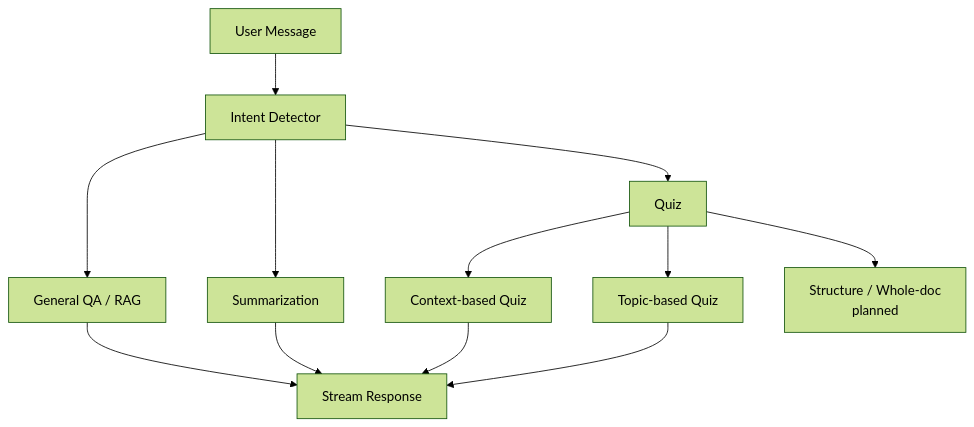
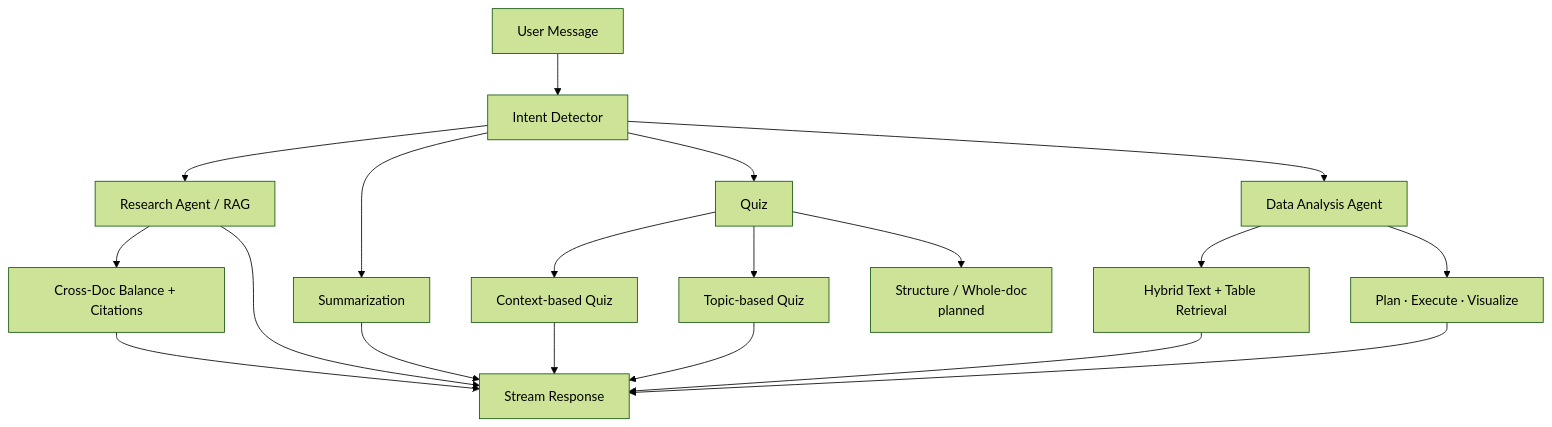
The sixth of 6 diagrams in README.md (aayushroopchandani/DocMind-AI-Intelligent-conversations-with-documents), drawn with Mermaid (forest theme) before and after one commit. The commit also changed other lines of this file and 13 other files, not shown here.

````diff
--- a/README.md
+++ b/README.md
@@ -350,14 +359,21 @@
 ```mermaid
 flowchart TB
   U[User Message] --> D[Intent Detector]
-  D --> G[General QA / RAG]
+  D --> G[Research Agent / RAG]
   D --> S[Summarization]
   D --> Q[Quiz]
+  D --> A[Data Analysis Agent]
   Q --> CB[Context-based Quiz]
   Q --> TB[Topic-based Quiz]
   Q --> XB[Structure / Whole-doc<br/>planned]
+  A --> HY[Hybrid Text + Table Retrieval]
+  A --> EX[Plan · Execute · Visualize]
+  G --> XD[Cross-Doc Balance + Citations]
   G --> T[Stream Response]
   S --> T
   CB --> T
   TB --> T
+  HY --> T
+  EX --> T
+  XD --> T
 ```
````
